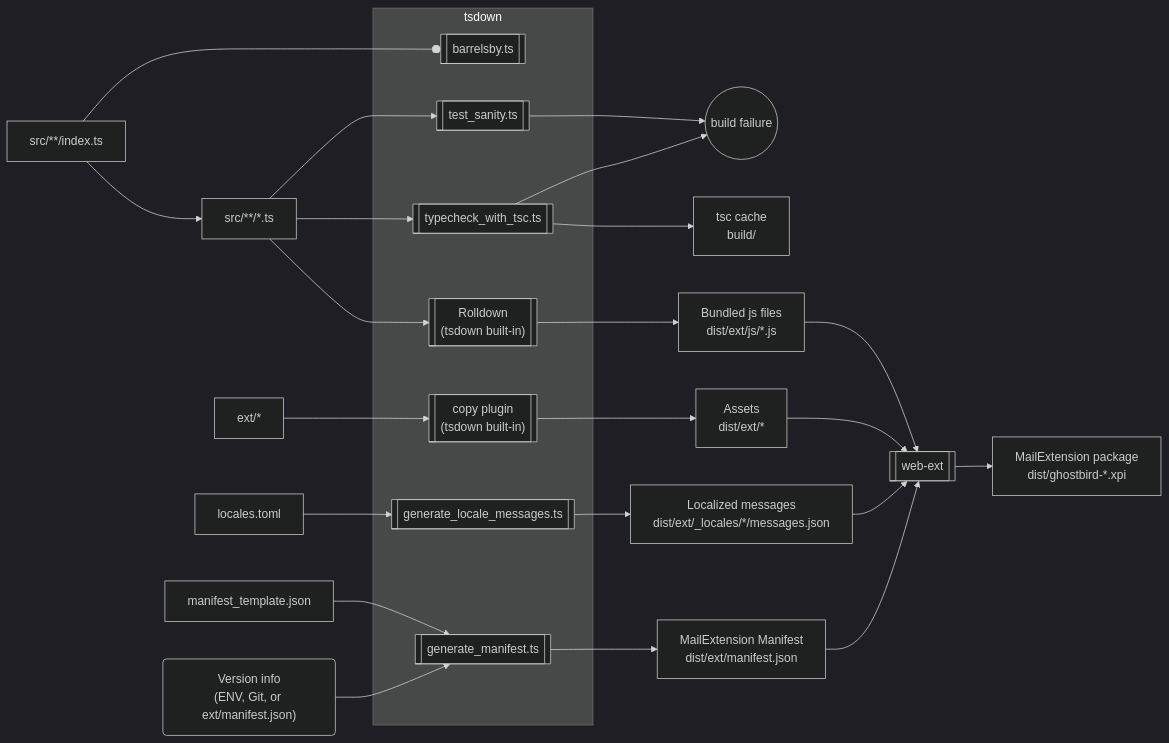
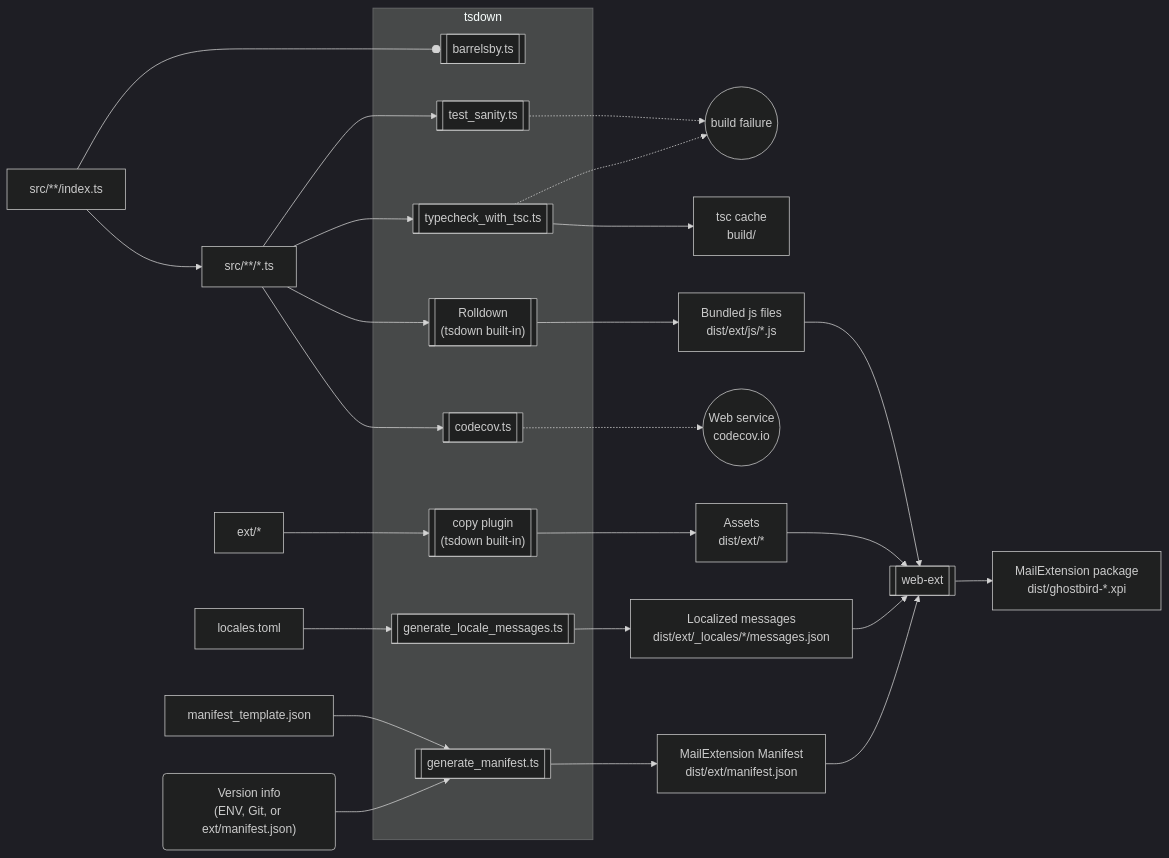
One commit to snipsnipsnip/ghostbird changed the diagram in doc/building.md. Above: the diagram before and after it, drawn with Mermaid (dark theme). The commit also changed other lines of this file and 4 other files, not shown here.

Commit message:
build: add codecov plugin to tsdown

````diff
--- a/doc/building.md
+++ b/doc/building.md
@@ -7,31 +9,33 @@
 ```mermaid
 graph LR
 
 ext_files["ext/*"]
 locales["locales.toml"]
 manifest_template["manifest_template.json"]
 version("Version info<br>(ENV, Git, or ext/manifest.json)")
 index_ts["src/**/index.ts"]
 ts["src/**/*.ts"]
 
 subgraph "tsdown"
   barrelsby[[barrelsby.ts]]
   test_sanity[[test_sanity.ts]]
   tsc[[typecheck_with_tsc.ts]]
   rolldown[["Rolldown<br>(tsdown built-in)"]]
   tsdown_builtin[["copy plugin<br>(tsdown built-in)"]]
   generate_locale_messages[[generate_locale_messages.ts]]
   generate_manifest[[generate_manifest.ts]]
+  codecov[[codecov.ts]]
 end
 
 index_ts --o barrelsby
 index_ts --> ts
-ts --> test_sanity & tsc --> fail((build failure))
+ts --> test_sanity & tsc -.-> fail((build failure))
 tsc --> tsc_cache["tsc cache<br>build/"]
 ts --> rolldown --> js["Bundled js files<br>dist/ext/js/*.js"]
+ts --> codecov -.-> codecovio((Web service<br>codecov.io))
 ext_files --> tsdown_builtin --> copied_ext_files["Assets<br>dist/ext/*"]
 locales --> generate_locale_messages --> messages["Localized messages<br>dist/ext/_locales/*/messages.json"]
 manifest_template & version --> generate_manifest --> manifest["MailExtension Manifest<br>dist/ext/manifest.json"]
 
 js & copied_ext_files & messages & manifest --> web_ext[["web-ext"]] --> xpi["MailExtension package<br>dist/ghostbird-*.xpi"]
 ```
````
